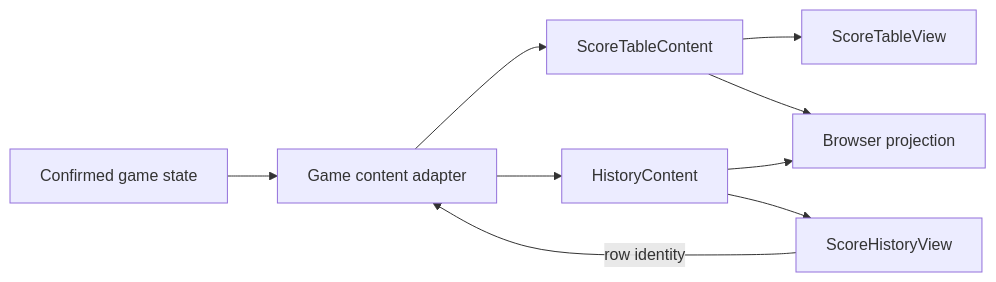
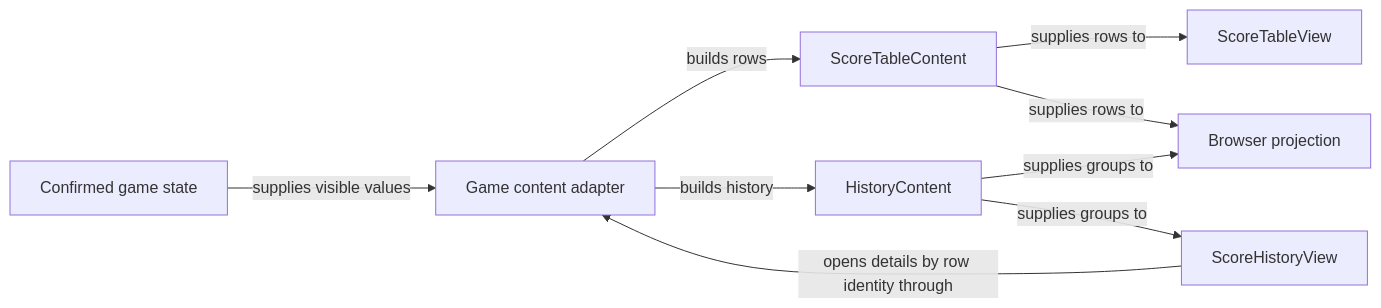
One commit to crististefanita/atf_j4 changed the diagram in whist-lab-app/atf-card-table-ui/src/main/java/ro/cardtable/ui/score/README.md. Above: the diagram before and after it, drawn with Mermaid. The commit also changed other lines of this file and 8 other files, not shown here.

Commit message:
Package Browser 0.2.21 with shared playback and score readability contracts

````diff
--- a/whist-lab-app/atf-card-table-ui/src/main/java/ro/cardtable/ui/score/README.md
+++ b/whist-lab-app/atf-card-table-ui/src/main/java/ro/cardtable/ui/score/README.md
@@ -7,11 +7,11 @@
 ```mermaid
 flowchart LR
-    GAME[Confirmed game state] --> ADAPTER[Game content adapter]
-    ADAPTER --> TABLE[ScoreTableContent]
-    ADAPTER --> HISTORY[HistoryContent]
-    TABLE --> ANDROID[ScoreTableView]
-    HISTORY --> SCROLL[ScoreHistoryView]
-    TABLE --> WEB[Browser projection]
-    HISTORY --> WEB
-    SCROLL -->|row identity| ADAPTER
+    GAME[Confirmed game state] -->|supplies visible values| ADAPTER[Game content adapter]
+    ADAPTER -->|builds rows| TABLE[ScoreTableContent]
+    ADAPTER -->|builds history| HISTORY[HistoryContent]
+    TABLE -->|supplies rows to| ANDROID[ScoreTableView]
+    HISTORY -->|supplies groups to| SCROLL[ScoreHistoryView]
+    TABLE -->|supplies rows to| WEB[Browser projection]
+    HISTORY -->|supplies groups to| WEB
+    SCROLL -->|opens details by row identity through| ADAPTER
 ```
````
